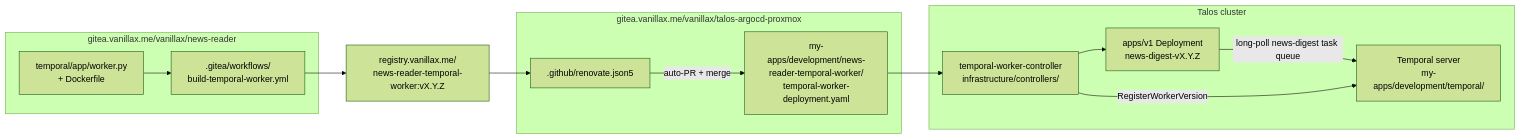
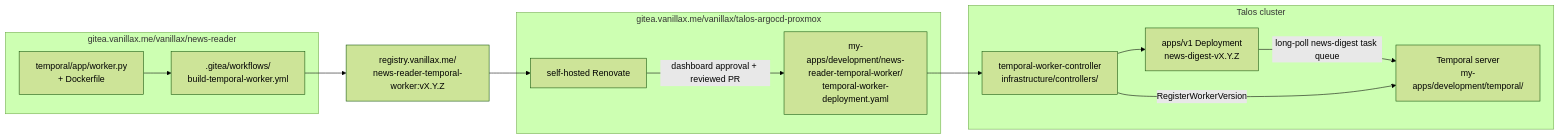
One commit to mitchross/talos-argocd-proxmox changed the diagram in my-apps/development/news-reader-temporal-worker/README.md. Above: the diagram before and after it, drawn with Mermaid (forest theme). The commit also changed other lines of this file and 45 other files, not shown here.

````diff
--- a/my-apps/development/news-reader-temporal-worker/README.md
+++ b/my-apps/development/news-reader-temporal-worker/README.md
@@ -30,29 +30,29 @@
 ```mermaid
 flowchart LR
     subgraph repo[gitea.vanillax.me/vanillax/news-reader]
         CODE[temporal/app/worker.py<br/>+ Dockerfile]
         GHA[.gitea/workflows/<br/>build-temporal-worker.yml]
     end
 
     REG[registry.vanillax.me/<br/>news-reader-temporal-worker:vX.Y.Z]
 
     subgraph talos[gitea.vanillax.me/vanillax/talos-argocd-proxmox]
-        REN[.github/renovate.json5]
+        REN[self-hosted Renovate]
         TWD[my-apps/development/news-reader-temporal-worker/<br/>temporal-worker-deployment.yaml]
     end
 
     subgraph cluster[Talos cluster]
         WC[temporal-worker-controller<br/>infrastructure/controllers/]
         DEP[apps/v1 Deployment<br/>news-digest-vX.Y.Z]
         T[Temporal server<br/>my-apps/development/temporal/]
     end
 
     CODE --> GHA
     GHA --> REG
     REG --> REN
-    REN -->|auto-PR + merge| TWD
+    REN -->|dashboard approval + reviewed PR| TWD
     TWD --> WC
     WC --> DEP
     DEP -->|long-poll news-digest task queue| T
     WC -->|RegisterWorkerVersion| T
 ```
````
